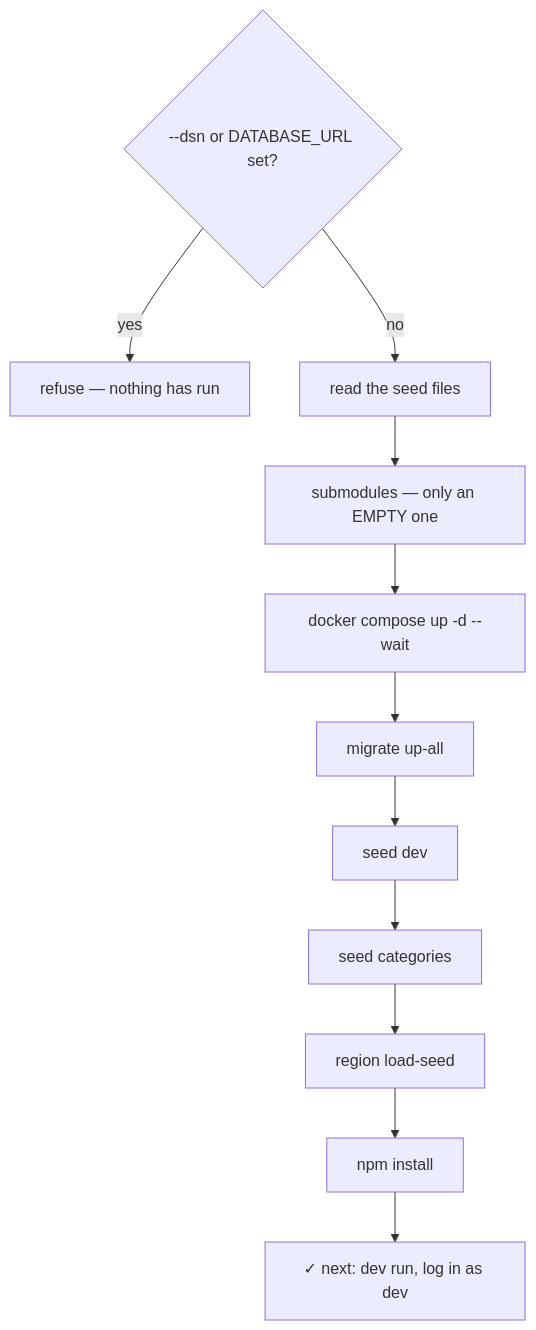
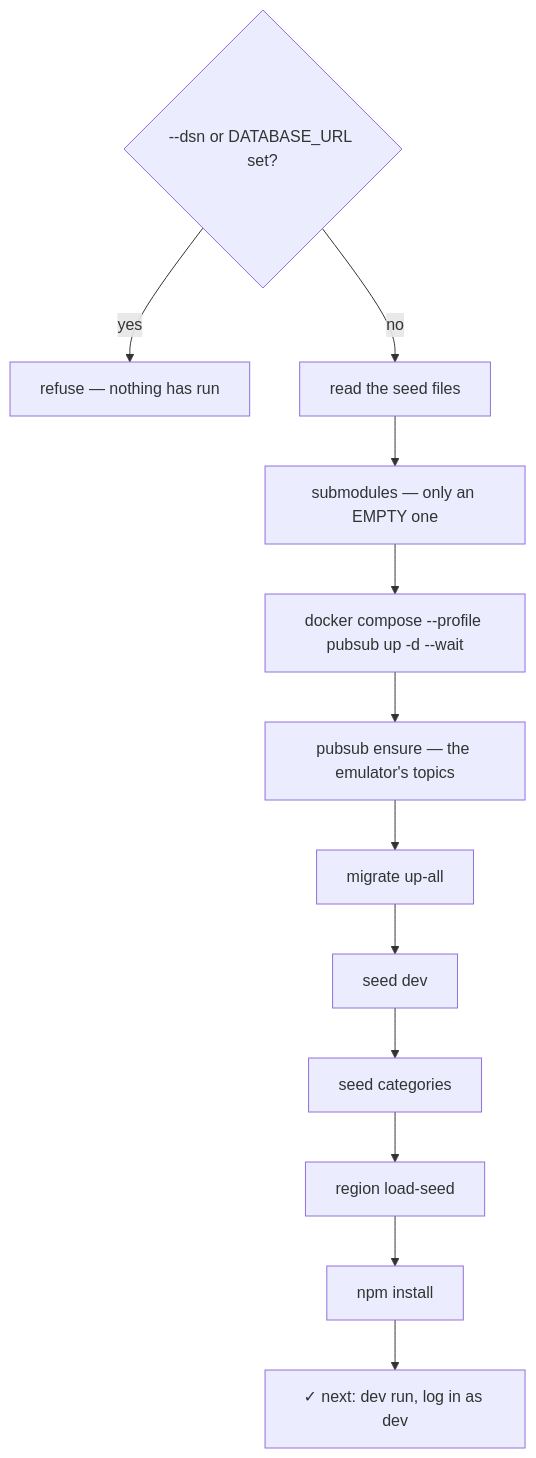
One commit to pdcgo/warehouse_revamp changed the third of 13 diagrams in docs/tools/san.md. Above: the diagram before and after it, drawn with Mermaid. The commit also changed other lines of this file and 11 other files, not shown here.

First line of the commit message:
san: dev run and dev setup start the Pub/Sub emulator, and pubsub ensure survives a re-run

````diff
--- a/docs/tools/san.md
+++ b/docs/tools/san.md
@@ -304,13 +306,14 @@
 ```mermaid
 flowchart TD
     G{"--dsn or DATABASE_URL set?"} -->|"yes"| X["refuse — nothing has run"]
     G -->|"no"| R["read the seed files"]
     R --> S["submodules — only an EMPTY one"]
-    S --> D["docker compose up -d --wait"]
-    D --> M["migrate up-all"]
+    S --> D["docker compose --profile pubsub up -d --wait"]
+    D --> E["pubsub ensure — the emulator's topics"]
+    E --> M["migrate up-all"]
     M --> SD["seed dev"]
     SD --> SC["seed categories"]
     SC --> RG["region load-seed"]
     RG --> N["npm install"]
     N --> OK["✓ next: dev run, log in as dev"]
 ```
````
